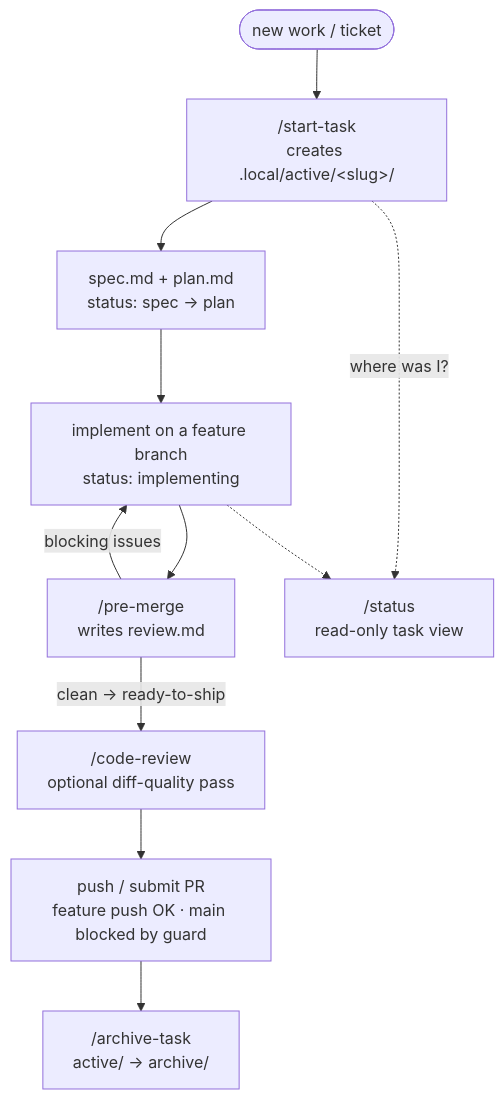
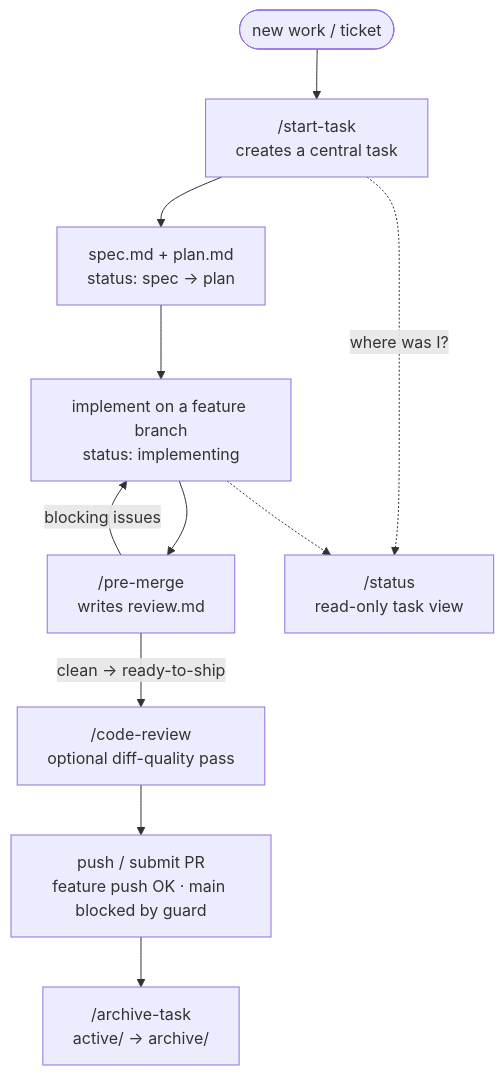
Before and after one commit to almeidabbm/dot-files: the second of 2 diagrams in README.md, drawn with Mermaid. The commit also changed other lines of this file and 19 other files, not shown here.

````diff
--- a/README.md
+++ b/README.md
@@ -65,13 +65,13 @@
 ```mermaid
 flowchart TD
-    new([new work / ticket]) --> st["/start-task<br/>creates .local/active/&lt;slug&gt;/"]
+    new([new work / ticket]) --> st["/start-task<br/>creates a central task"]
     st --> spec["spec.md + plan.md<br/>status: spec → plan"]
     spec --> impl["implement on a feature branch<br/>status: implementing"]
     impl --> pm["/pre-merge<br/>writes review.md"]
     pm -->|blocking issues| impl
     pm -->|clean → ready-to-ship| cr["/code-review<br/>optional diff-quality pass"]
     cr --> ship["push / submit PR<br/>feature push OK · main blocked by guard"]
     ship --> arch["/archive-task<br/>active/ → archive/"]
     st -.->|"where was I?"| status["/status<br/>read-only task view"]
     impl -.-> status
 ```
````
